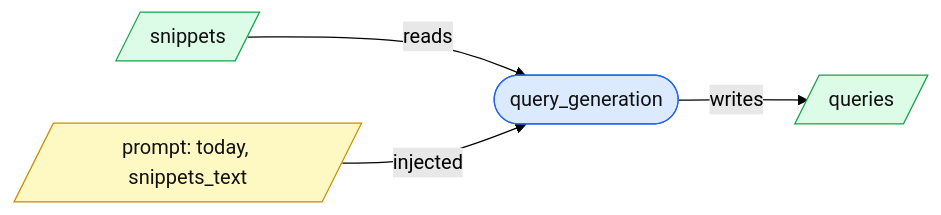
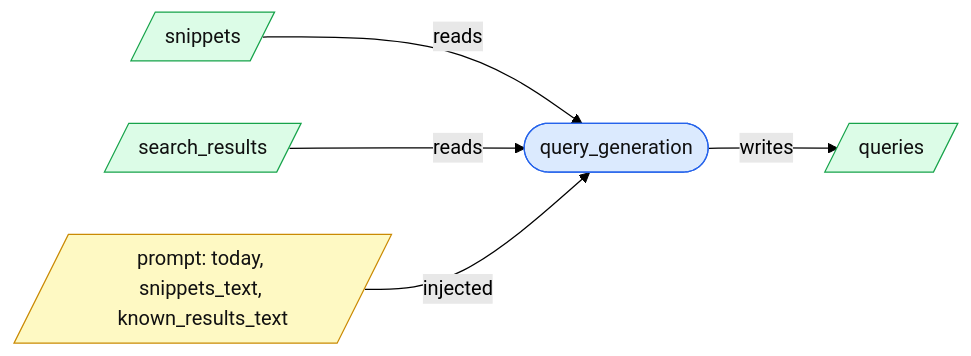
The fifth of 11 diagrams in ARCHITECTURE.md (jyjulianwong/Investment-News-Analysis-AI), drawn with Mermaid (forest theme) before and after one commit. The commit also changed other lines of this file and 18 other files, not shown here.

First line of the commit message:
Add Pydantic state/schema validation, query-aware query generation, and report evaluator loop

````diff
--- a/ARCHITECTURE.md
+++ b/ARCHITECTURE.md
@@ -82,9 +86,10 @@
 ```mermaid
 flowchart LR
-    R[/"snippets"/]:::state -->|reads| N(["query_generation"]):::llm
-    P[/"prompt: today, snippets_text"/]:::prompt -->|injected| N
+    R1[/"snippets"/]:::state -->|reads| N(["query_generation"]):::llm
+    R2[/"search_results"/]:::state -->|reads| N
+    P[/"prompt: today, snippets_text, known_results_text"/]:::prompt -->|injected| N
     N -->|writes| W[/"queries"/]:::state
     classDef state fill:#dcfce7,stroke:#16a34a,color:#111;
     classDef prompt fill:#fef9c3,stroke:#ca8a04,color:#111;
     classDef llm fill:#dbeafe,stroke:#2563eb,color:#111;
 ```
````
